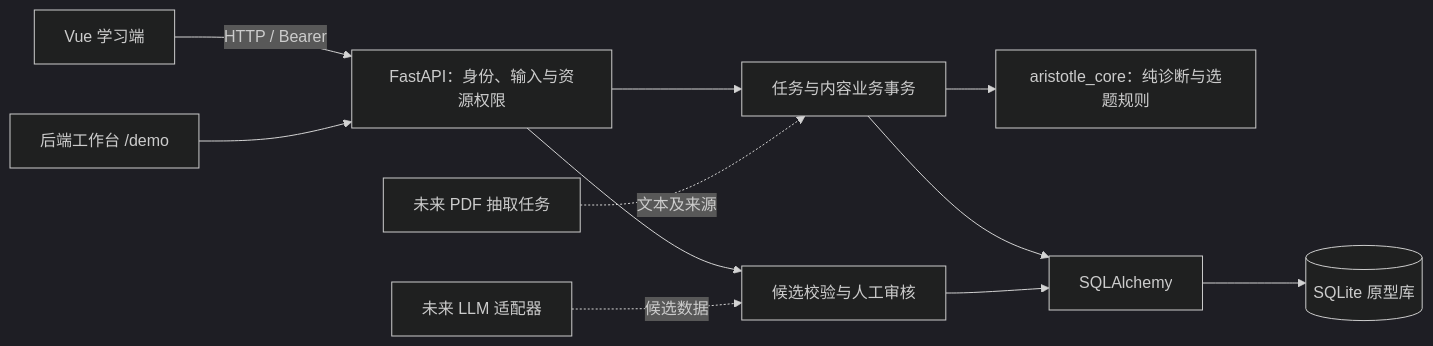
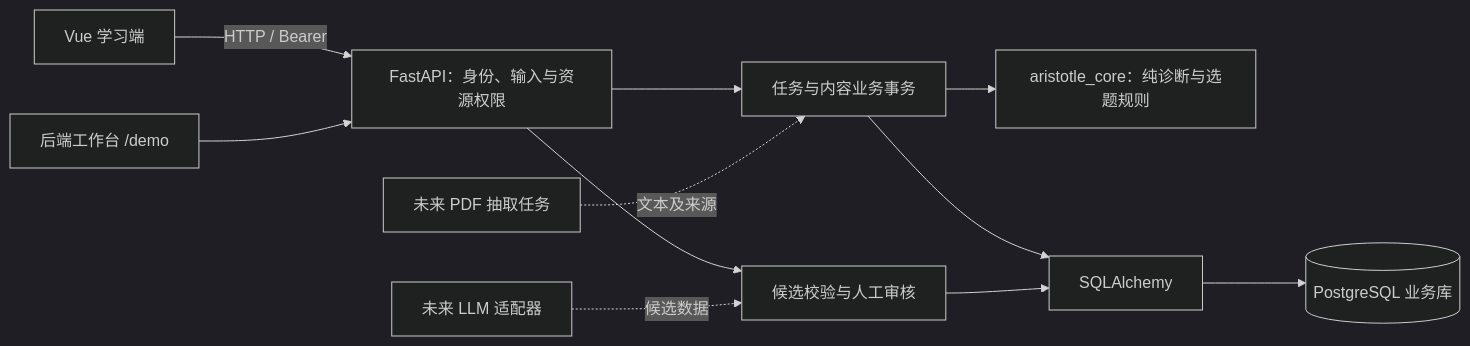
The diagram in docs/software/backend_technical_proposal.md (AbracaSora/Aristotle), drawn with Mermaid (dark theme) before and after one commit. The commit also changed other lines of this file and 58 other files, not shown here.

First line of the commit message:
feat: migrate to PostgreSQL and connect semantic learning flow

````diff
--- a/docs/software/backend_technical_proposal.md
+++ b/docs/software/backend_technical_proposal.md
@@ -37,13 +41,13 @@
 ```mermaid
 flowchart LR
     Vue[Vue 学习端] -->|HTTP / Bearer| API
     Demo[后端工作台 /demo] --> API[FastAPI：身份、输入与资源权限]
     API --> Learn[任务与内容业务事务]
     Learn --> Core[aristotle_core：纯诊断与选题规则]
     Learn --> ORM[SQLAlchemy]
-    ORM --> DB[(SQLite 原型库)]
+    ORM --> DB[(PostgreSQL 业务库)]
     API --> Review[候选校验与人工审核]
     Review --> ORM
     Provider[未来 LLM 适配器] -. 候选数据 .-> Review
     PDF[未来 PDF 抽取任务] -. 文本及来源 .-> Learn
 ```
````
